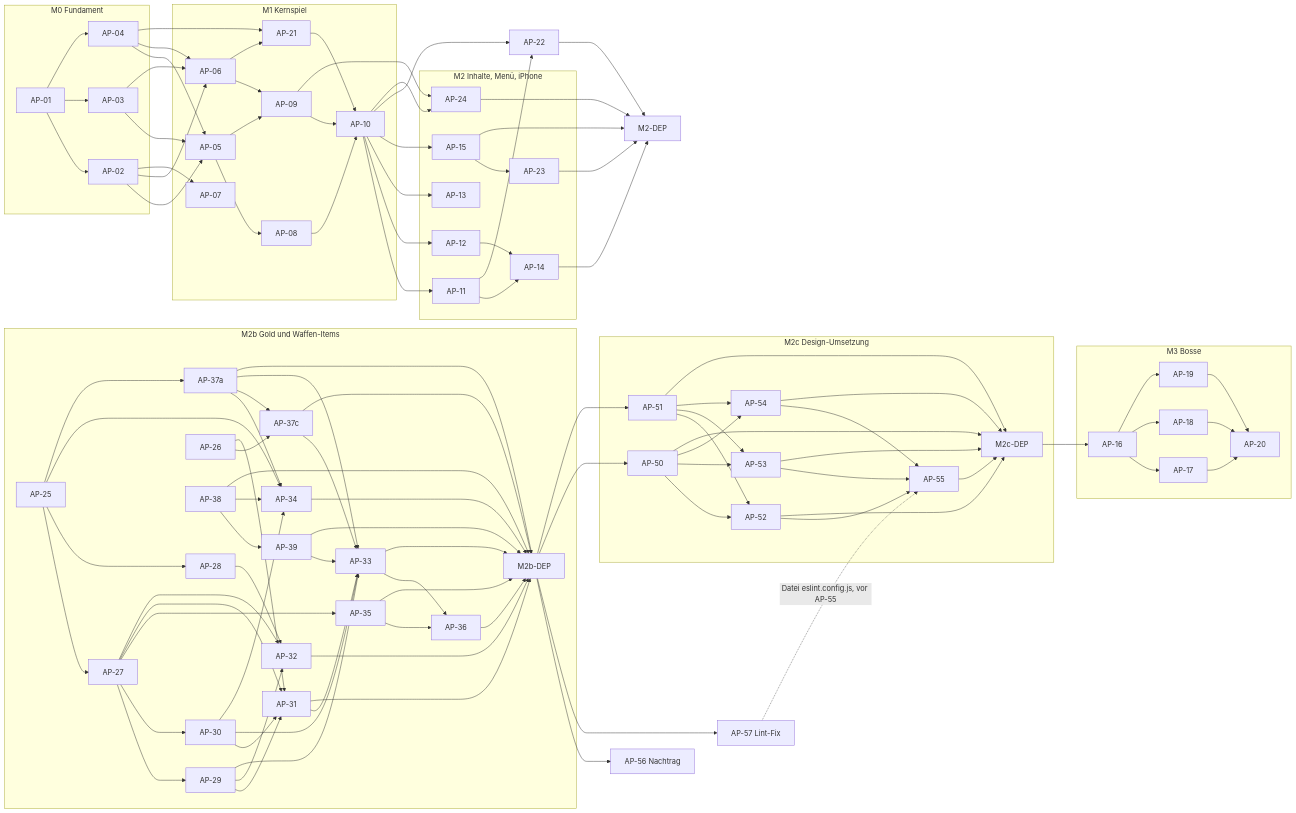
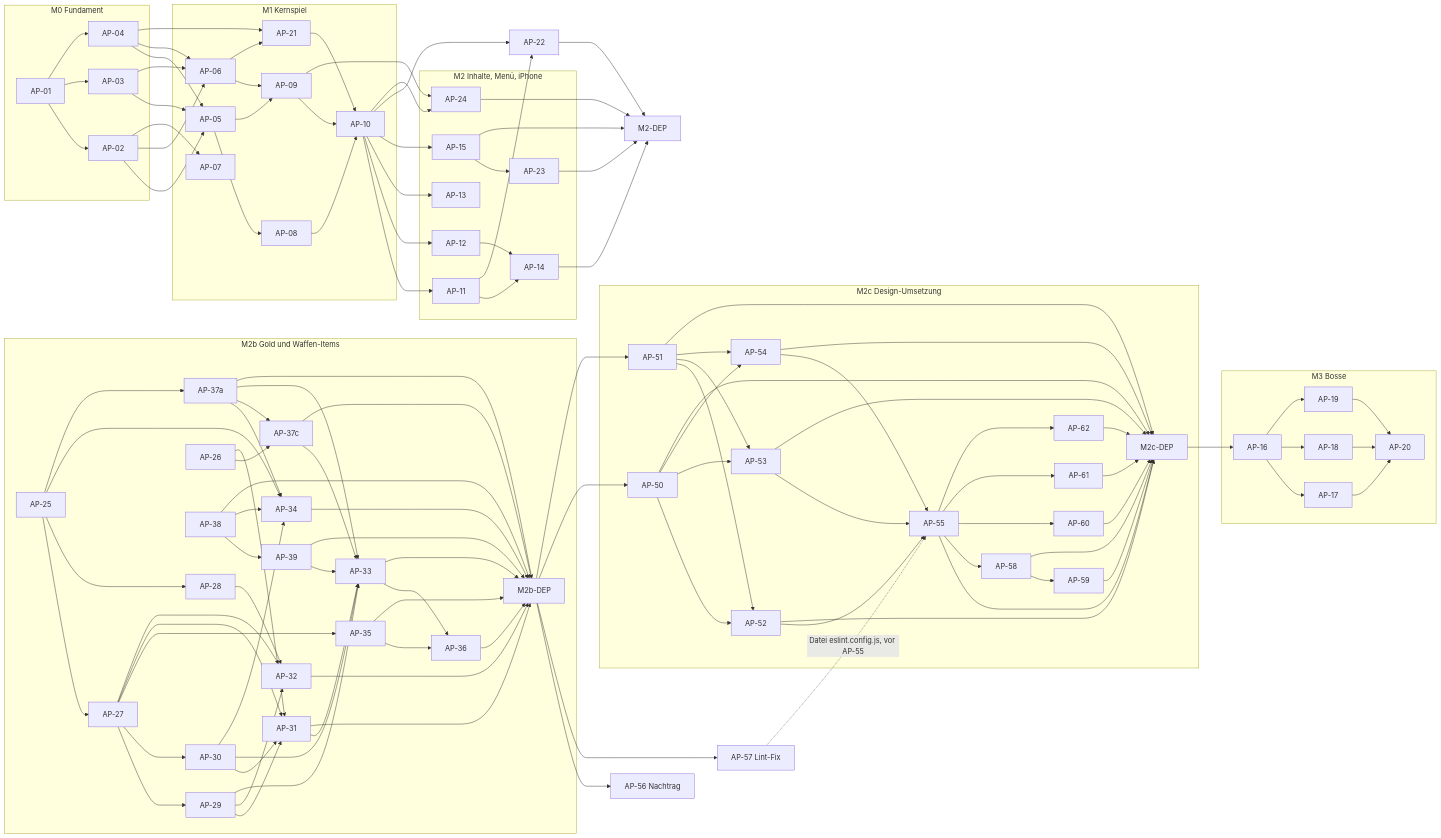
Before and after one commit to CemDCoding/360shooter: the third of 3 diagrams in docs/masterBuildPlan.md, drawn with Mermaid. The commit also changed other lines of this file, not shown here.

Commit message:
plan: add M2c-Nachtrag fix packages AP-58 to AP-62 from M2c-DEP hand test

````diff
--- a/docs/masterBuildPlan.md
+++ b/docs/masterBuildPlan.md
@@ -776,56 +800,59 @@
 ```mermaid
 flowchart LR
   subgraph M0["M0 Fundament"]
     AP01["AP-01"] --> AP02["AP-02"] & AP03["AP-03"] & AP04["AP-04"]
   end
   subgraph M1["M1 Kernspiel"]
     AP05["AP-05"] --> AP08["AP-08"] & AP09["AP-09"]
     AP06["AP-06"] --> AP09
     AP08 & AP09 & AP21 --> AP10["AP-10"]
     AP07["AP-07"]
     AP21["AP-21"]
   end
   subgraph M2["M2 Inhalte, Menü, iPhone"]
     AP11["AP-11"] --> AP14["AP-14"]
     AP12["AP-12"] --> AP14
     AP13["AP-13"]
     AP15["AP-15"] --> AP23["AP-23"]
     AP24["AP-24"]
   end
   subgraph M2b["M2b Gold und Waffen-Items"]
     AP25["AP-25"] --> AP27["AP-27"] & AP28["AP-28"] & AP34["AP-34"] & AP37a["AP-37a"]
     AP26["AP-26"] --> AP37c["AP-37c"]
     AP38["AP-38"] --> AP39["AP-39"] & AP34["AP-34"]
     AP39 --> AP33["AP-33"]
     AP37a["AP-37a"] --> AP34 & AP37c & AP33
     AP37c --> AP33
     AP27 --> AP29["AP-29"] & AP30["AP-30"] & AP35["AP-35"] & AP31["AP-31"] & AP32["AP-32"]
     AP28 --> AP32
     AP29 --> AP31 & AP32 & AP33["AP-33"]
     AP30 --> AP31 & AP33 & AP34
     AP26 --> AP31
     AP31 --> AP33
     AP33 & AP35 --> AP36["AP-36"]
     AP31 & AP32 & AP33 & AP34 & AP35 & AP36 & AP37a & AP37c & AP38 & AP39 --> M2bDEP["M2b-DEP"]
   end
   subgraph M2c["M2c Design-Umsetzung"]
     AP50["AP-50"] --> AP52["AP-52"] & AP53["AP-53"] & AP54["AP-54"]
     AP51["AP-51"] --> AP52 & AP53 & AP54
     AP52 & AP53 & AP54 --> AP55["AP-55"]
     AP50 & AP51 & AP52 & AP53 & AP54 & AP55 --> M2cDEP["M2c-DEP"]
+    AP55 --> AP58["AP-58"] & AP60["AP-60"] & AP61["AP-61"] & AP62["AP-62"]
+    AP58 --> AP59["AP-59"]
+    AP58 & AP59 & AP60 & AP61 & AP62 --> M2cDEP
   end
   subgraph M3["M3 Bosse"]
     AP16["AP-16"] --> AP17["AP-17"] & AP18["AP-18"] & AP19["AP-19"]
     AP17 & AP18 & AP19 --> AP20["AP-20"]
   end
   AP02 & AP03 & AP04 --> AP05 & AP06
   AP02 --> AP07
   AP04 & AP06 --> AP21
   AP10 --> AP11 & AP12 & AP13 & AP15
   M2bDEP --> AP56["AP-56 Nachtrag"] & AP57["AP-57 Lint-Fix"] & AP50 & AP51
   M2cDEP --> AP16
   AP57 -.->|Datei eslint.config.js, vor AP-55| AP55
   AP10 & AP11 --> AP22["AP-22"]
   AP09 & AP10 --> AP24
   AP14 & AP15 & AP22 & AP23 & AP24 --> M2DEP["M2-DEP"]
 ```
````
